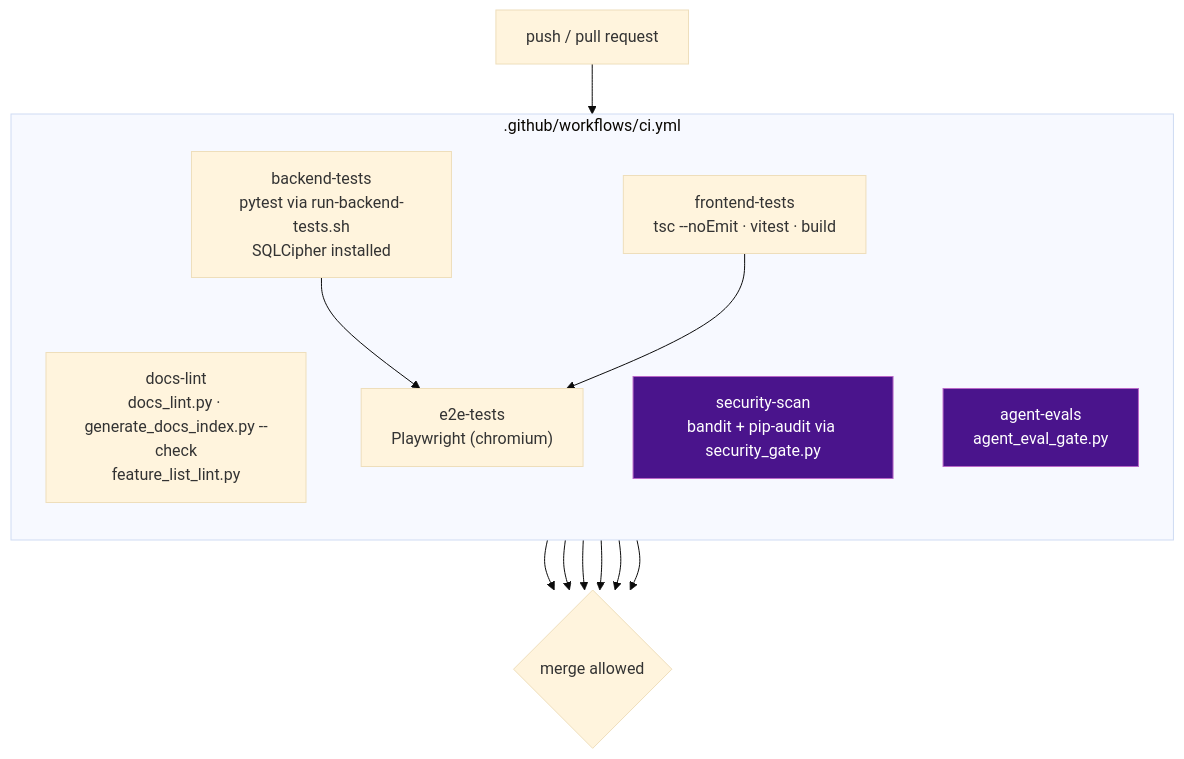
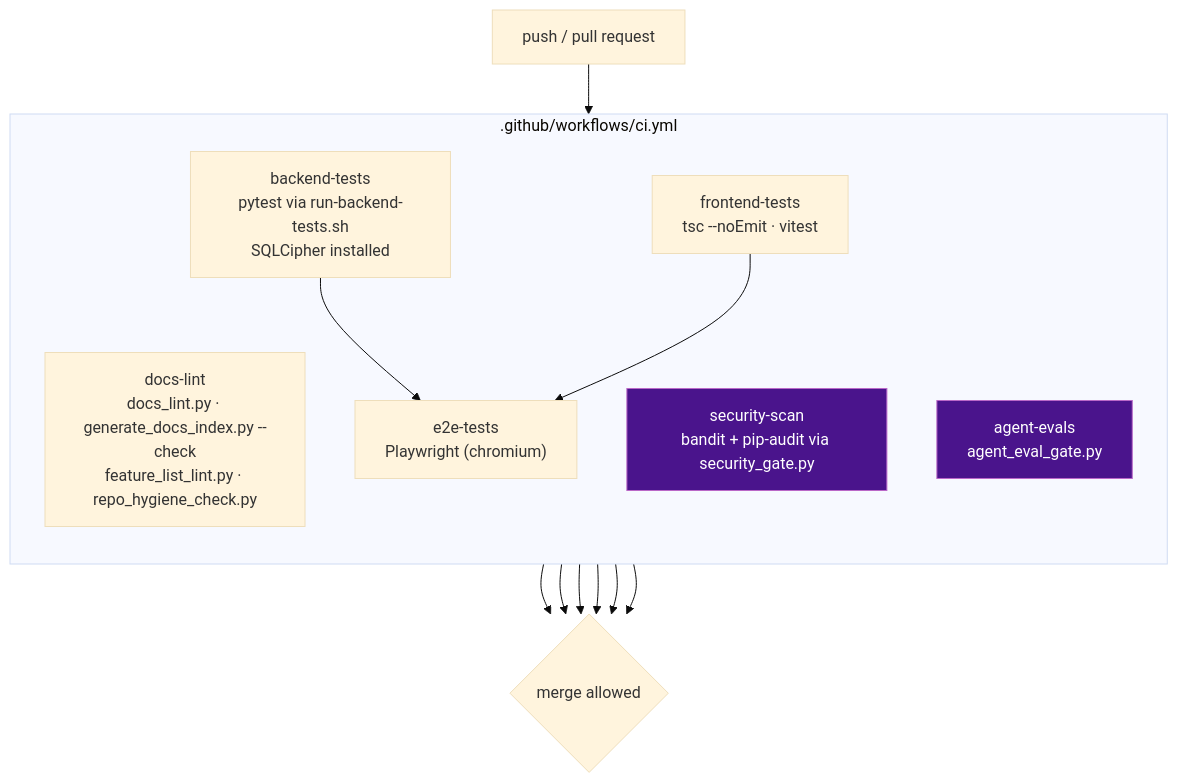
Before and after one commit to BrooklynD23/HealthCentral: the diagram in docs/architecture/ci-and-quality-gates.md, drawn with Mermaid (base theme). The commit also changed other lines of this file, not shown here.

Commit message:
docs(architecture): ci-and-quality-gates matches ci.yml

````diff
--- a/docs/architecture/ci-and-quality-gates.md
+++ b/docs/architecture/ci-and-quality-gates.md
@@ -11,27 +11,27 @@
 ```mermaid
 flowchart TD
     PUSH["push / pull request"] --> JOBS
 
     subgraph JOBS[".github/workflows/ci.yml"]
         direction TB
-        DOCS["docs-lint<br/>docs_lint.py · generate_docs_index.py --check<br/>feature_list_lint.py"]
+        DOCS["docs-lint<br/>docs_lint.py · generate_docs_index.py --check<br/>feature_list_lint.py · repo_hygiene_check.py"]
         BE["backend-tests<br/>pytest via run-backend-tests.sh<br/>SQLCipher installed"]
-        FE["frontend-tests<br/>tsc --noEmit · vitest · build"]
+        FE["frontend-tests<br/>tsc --noEmit · vitest"]
         SEC["security-scan<br/>bandit + pip-audit via security_gate.py"]
         EVAL["agent-evals<br/>agent_eval_gate.py"]
         E2E["e2e-tests<br/>Playwright (chromium)"]
     end
 
     BE --> E2E
     FE --> E2E
 
     DOCS --> MERGE{"merge allowed"}
     BE --> MERGE
     FE --> MERGE
     SEC --> MERGE
     EVAL --> MERGE
     E2E --> MERGE
 
     style EVAL fill:#4a148c,stroke:#ba68c8,color:#fff
     style SEC fill:#4a148c,stroke:#ba68c8,color:#fff
 ```
````
